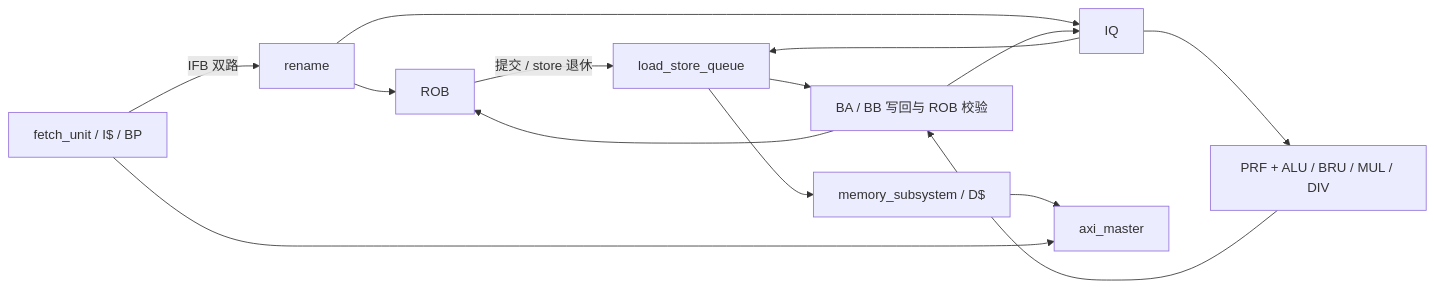
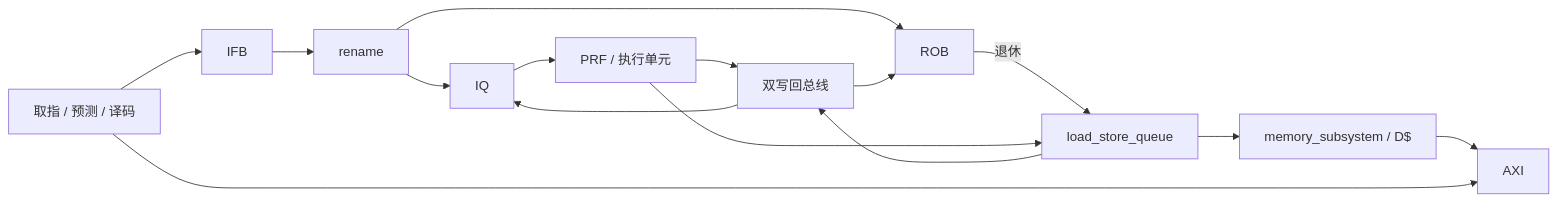
One commit to jbn-1or/RISC-V-CPU-2026 changed the diagram in docs/architecture.md. Above: the diagram before and after it, drawn with Mermaid. The commit also changed other lines of this file and 24 other files, not shown here.

````diff
--- a/docs/architecture.md
+++ b/docs/architecture.md
@@ -15,16 +25,17 @@
 ```mermaid
 flowchart LR
-    FE[fetch_unit / I$ / BP] -->|IFB 双路| RN[rename]
+    FE[取指 / 预测 / 译码] --> IFB[IFB]
+    IFB --> RN[rename]
+    RN --> IQ[IQ]
     RN --> ROB[ROB]
-    RN --> IQ[IQ]
-    IQ --> EX[PRF + ALU / BRU / MUL / DIV]
-    IQ --> LSQ[load_store_queue]
-    EX --> WB[BA / BB 写回与 ROB 校验]
-    LSQ --> WB
+    IQ --> EX[PRF / 执行单元]
+    EX --> WB[双写回总线]
     WB --> IQ
     WB --> ROB
-    ROB -->|提交 / store 退休| LSQ
+    ROB -->|退休| LSQ[load_store_queue]
+    EX --> LSQ
+    LSQ --> WB
     LSQ --> MEM[memory_subsystem / D$]
-    MEM --> AXI[axi_master]
+    MEM --> AXI[AXI]
     FE --> AXI
 ```
````
